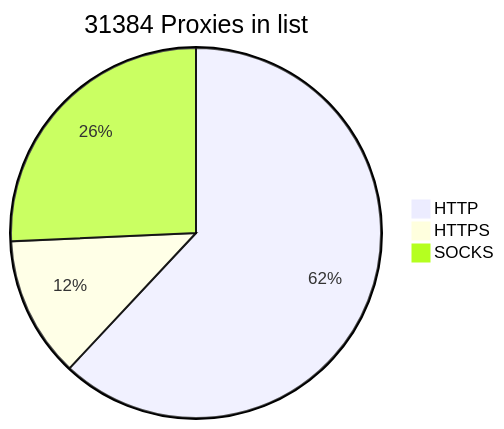
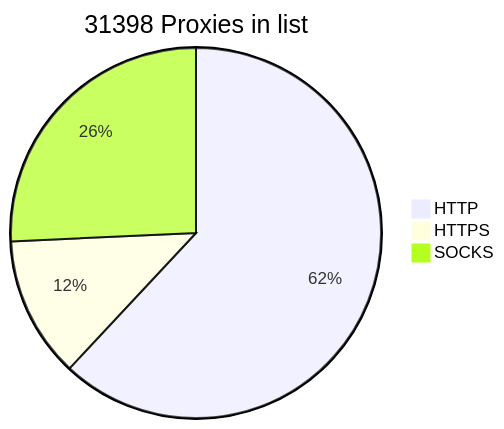
The diagram in README.md (BlackSnowDot/proxylist-update-every-minute), drawn with Mermaid before and after one commit. The commit also changed other lines of this file, not shown here.

````diff
--- a/README.md
+++ b/README.md
@@ -2,6 +2,6 @@
 ```mermaid
-pie title 31384 Proxies in list
-    "HTTP" : 21434
-    "HTTPS": 4261
-    "SOCKS" : 8896
+pie title 31398 Proxies in list
+    "HTTP" : 21443
+    "HTTPS": 4264
+    "SOCKS" : 8902
 ```
````
